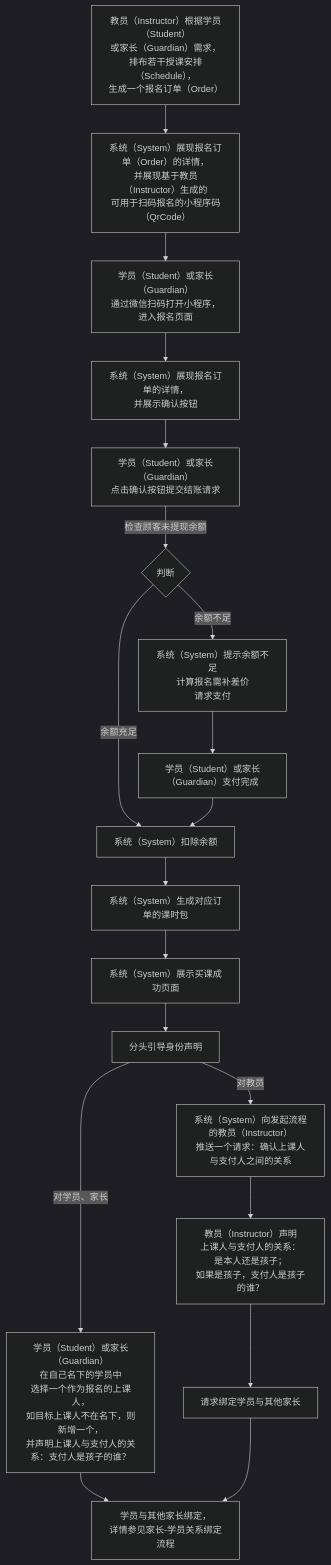
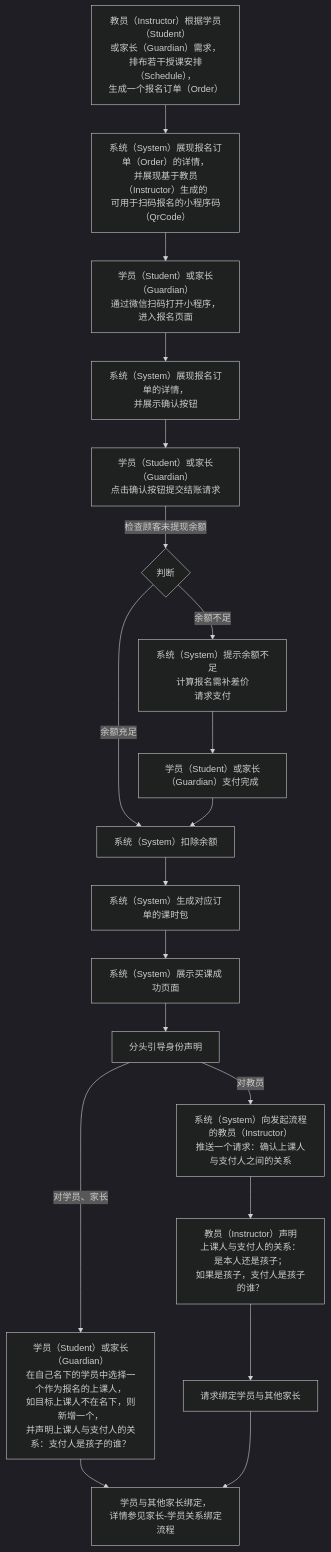
Before and after one commit to world-wide-web/sign: the diagram in 用例/报名.md, drawn with Mermaid (dark theme). The commit also changed other lines of this file, not shown here.

````diff
--- a/用例/报名.md
+++ b/用例/报名.md
@@ -7,54 +7,54 @@
 ```mermaid
 graph TD
 
 生成报名订单-->生成报名码
 生成报名码-->扫码报名
 扫码报名-->展现报名订单
 展现报名订单-->确认并提交结账请求
 确认并提交结账请求--检查顾客未提现余额-->检查顾客未提现余额
 检查顾客未提现余额--余额充足-->扣除余额
 检查顾客未提现余额--余额不足-->请求支付
 请求支付-->支付完成
 支付完成-->扣除余额
 扣除余额-->生成课时包
 生成课时包-->提示买课成功
 提示买课成功-->分头引导身份声明
 分头引导身份声明--"对教员"-->请求身份声明
 分头引导身份声明--"对学员、家长"-->指定上课人
 请求身份声明-->教员代理身份声明
 教员代理身份声明-->请求绑定学员与其他家长
 指定上课人-->学员与其他家长绑定
 请求绑定学员与其他家长-->学员与其他家长绑定
 
 生成报名订单["<center>教员（Instructor）根据学员（Student）<br>或家长（Guardian）需求，<br>排布若干授课安排（Schedule），<br>生成一个报名订单（Order）</center>"]
 
 生成报名码["<center>系统（System）展现报名订单（Order）的详情，<br>并展现基于教员（Instructor）生成的<br>可用于扫码报名的小程序码（QrCode）</center>"]
 
 扫码报名["<center>学员（Student）或家长（Guardian）<br>通过微信扫码打开小程序，进入报名页面</center>"]
 
 展现报名订单["<center>系统（System）展现报名订单的详情，<br>并展示确认按钮</center>"]
 
 确认并提交结账请求["<center>学员（Student）或家长（Guardian）<br>点击确认按钮提交结账请求</center>"]
 
 检查顾客未提现余额{判断}
 
 请求支付["<center>系统（System）提示余额不足<br>计算报名需补差价<br>请求支付</center>"]
 
 支付完成["<center>学员（Student）或家长（Guardian）支付完成</center>"]
 
 扣除余额["<center>系统（System）扣除余额</center>"]
 
 生成课时包["<center>系统（System）生成对应订单的课时包</center>"]
 
 提示买课成功["<center>系统（System）展示买课成功页面</center>"]
 
 请求身份声明["<center>系统（System）向发起流程的教员（Instructor）<br>推送一个请求：确认上课人与支付人之间的关系</center>"]
 
-指定上课人["<center>学员（Student）或家长（Guardian）<br>在自己名下的学员中<br>选择一个作为报名的上课人，<br>如目标上课人不在名下，则新增一个，<br>并声明上课人与支付人的关系：支付人是孩子的谁？</center>"]
+指定上课人["<center>学员（Student）或家长（Guardian）<br>在自己名下的学员中选择一个作为报名的上课人，<br>如目标上课人不在名下，则新增一个，<br>并声明上课人与支付人的关系：支付人是孩子的谁？</center>"]
 
 教员代理身份声明["<center>教员（Instructor）声明<br>上课人与支付人的关系：<br>是本人还是孩子；<br>如果是孩子，支付人是孩子的谁？</center>"]
 
 请求绑定学员与其他家长
 
 学员与其他家长绑定["<center>学员与其他家长绑定，<br>详情参见家长-学员关系绑定流程</center>"]
 ```
````
